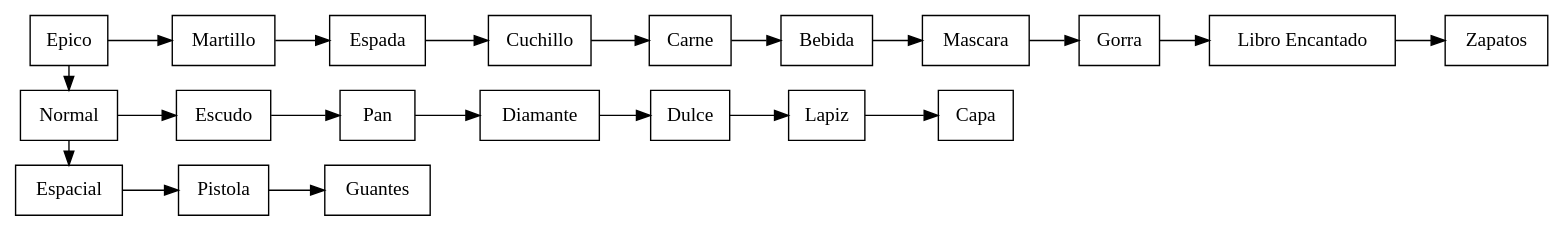
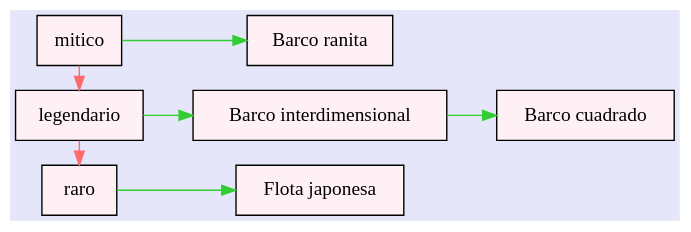
One commit to ASique-4/-EDD_2S-BatallaNaval_202012039 changed the diagram in tienda.dot. Above: the diagram before and after it, drawn with Graphviz. The commit also changed 14 other files, not shown here.

Commit message:
Diseño graphviz

```diff
--- a/tienda.dot
+++ b/tienda.dot
@@ -1,12 +1,13 @@
 digraph G {
 graph [rankdir = LR ]
-node [shape = box]
-{rank = same "Epico""Normal""Espacial"}
-Epico-> "Normal"-> "Espacial"
-Epico [label="Epico"];
-"Epico"->Martillo->"Espada"->"Cuchillo"->"Carne"->"Bebida"->"Mascara"->"Gorra"->"Libro Encantado"->"Zapatos"
-Normal [label="Normal"];
-"Normal"->Escudo->"Pan"->"Diamante"->"Dulce"->"Lapiz"->"Capa"
-Espacial [label="Espacial"];
-"Espacial"->Pistola->"Guantes"
+bgcolor="lavender"
+node [ style=filled,shape = box, fillcolor="lavenderblush:lavenderblush1"]
+{rank = same "mitico""legendario""raro"}
+"mitico"-> "legendario"-> "raro"[color = indianred1];
+"mitico" [label="mitico"];
+"mitico"->"Barco ranita"[color = limegreen];
+"legendario" [label="legendario"];
+"legendario"->"Barco interdimensional"->"Barco cuadrado"[color = limegreen];
+"raro" [label="raro"];
+"raro"->"Flota japonesa"[color = limegreen];
 }
```
